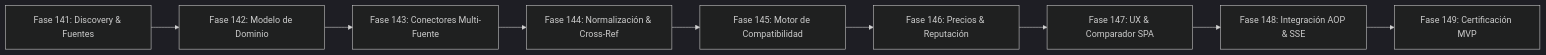
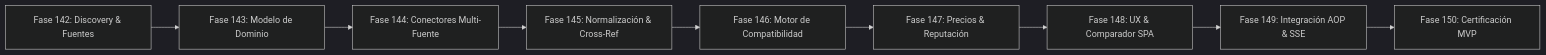
One commit to johangonzahenri/ai-operating-platform changed the third of 4 diagrams in docs/MASTER_WORK_PLAN.md. Above: the diagram before and after it, drawn with Mermaid (dark theme). The commit also changed other lines of this file and 26 other files, not shown here.

````diff
--- a/docs/MASTER_WORK_PLAN.md
+++ b/docs/MASTER_WORK_PLAN.md
@@ -374,11 +440,11 @@
 ```mermaid
 flowchart LR
-    F141["Fase 141: Discovery & Fuentes"] --> F142["Fase 142: Modelo de Dominio"]
-    F142 --> F143["Fase 143: Conectores Multi-Fuente"]
-    F143 --> F144["Fase 144: Normalización & Cross-Ref"]
-    F144 --> F145["Fase 145: Motor de Compatibilidad"]
-    F145 --> F146["Fase 146: Precios & Reputación"]
-    F146 --> F147["Fase 147: UX & Comparador SPA"]
-    F147 --> F148["Fase 148: Integración AOP & SSE"]
-    F148 --> F149["Fase 149: Certificación MVP"]
+    F142["Fase 142: Discovery & Fuentes"] --> F143["Fase 143: Modelo de Dominio"]
+    F143 --> F144["Fase 144: Conectores Multi-Fuente"]
+    F144 --> F145["Fase 145: Normalización & Cross-Ref"]
+    F145 --> F146["Fase 146: Motor de Compatibilidad"]
+    F146 --> F147["Fase 147: Precios & Reputación"]
+    F147 --> F148["Fase 148: UX & Comparador SPA"]
+    F148 --> F149["Fase 149: Integración AOP & SSE"]
+    F149 --> F150["Fase 150: Certificación MVP"]
 ```
````
